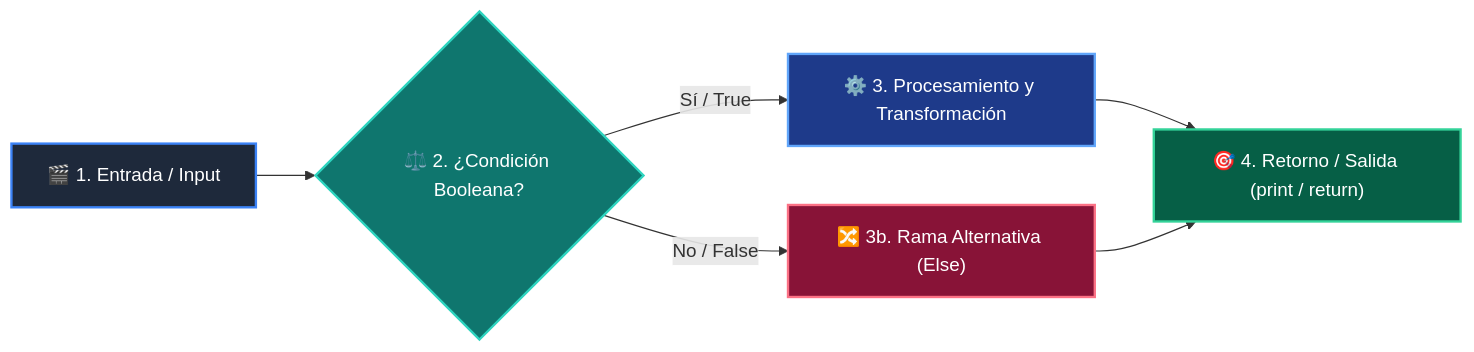
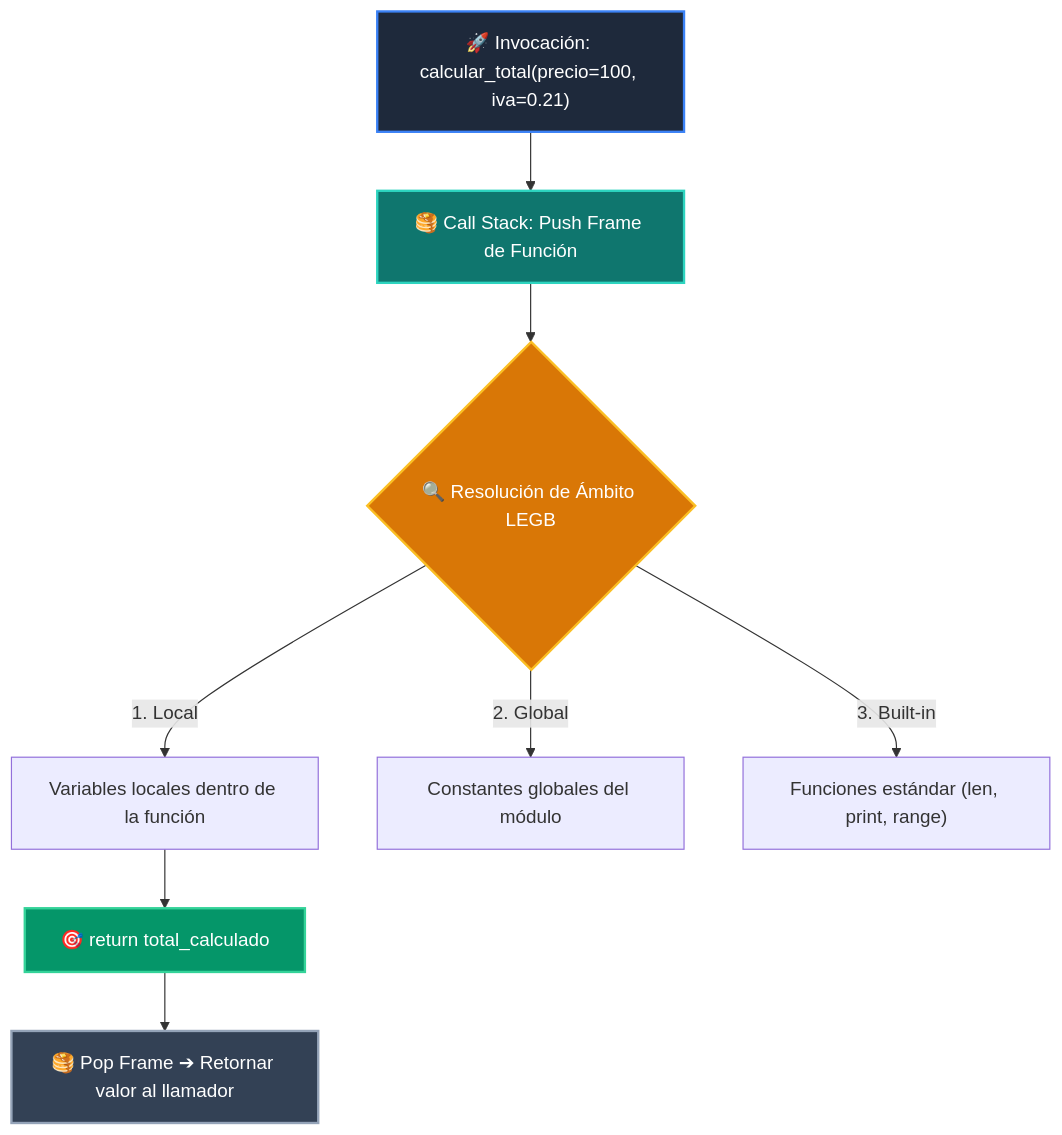
The diagram in docs/curso-01/clase-07.md (wisrovi/wisrovi-python), drawn with Mermaid before and after one commit. The commit also changed other lines of this file and 38 other files, not shown here.

Commit message:
docs(site): rebuild full MkDocs documentation site with updated canonical content, bespoke Mermaids, and Spiral Learning pedagogy

````diff
--- a/docs/curso-01/clase-07.md
+++ b/docs/curso-01/clase-07.md
@@ -65,14 +38,16 @@
 ```mermaid
-flowchart LR
-    A["🎬 1. Entrada / Input"] --> B{"⚖️ 2. ¿Condición Booleana?"}
-    B -->|Sí / True| C["⚙️ 3. Procesamiento y Transformación"]
-    B -->|No / False| D["🔀 3b. Rama Alternativa (Else)"]
-    C --> E["🎯 4. Retorno / Salida (print / return)"]
-    D --> E
+flowchart TD
+    CALL["🚀 Invocación: calcular_total(precio=100, iva=0.21)"] --> STACK["🥞 Call Stack: Push Frame de Función"]
+    STACK --> SCOPE{"🔍 Resolución de Ámbito LEGB"}
+    SCOPE -->|1. Local| L["Variables locales dentro de la función"]
+    SCOPE -->|2. Global| G["Constantes globales del módulo"]
+    SCOPE -->|3. Built-in| B["Funciones estándar (len, print, range)"]
+    L --> RET["🎯 return total_calculado"]
+    RET --> POP_F["🥞 Pop Frame ➔ Retornar valor al llamador"]
 
-    style A fill:#1e293b,color:#ffffff,stroke:#3b82f6,stroke-width:2px
-    style B fill:#0f766e,color:#ffffff,stroke:#2dd4bf,stroke-width:2px
-    style C fill:#1e3a8a,color:#ffffff,stroke:#60a5fa,stroke-width:2px
-    style D fill:#881337,color:#ffffff,stroke:#fb7185,stroke-width:2px
-    style E fill:#065f46,color:#ffffff,stroke:#34d399,stroke-width:2px
+    style CALL fill:#1e293b,color:#ffffff,stroke:#3b82f6,stroke-width:2px
+    style STACK fill:#0f766e,color:#ffffff,stroke:#2dd4bf,stroke-width:2px
+    style SCOPE fill:#d97706,color:#ffffff,stroke:#fbbf24,stroke-width:2px
+    style RET fill:#059669,color:#ffffff,stroke:#34d399,stroke-width:2px
+    style POP_F fill:#334155,color:#ffffff,stroke:#94a3b8,stroke-width:2px
 ```
````
